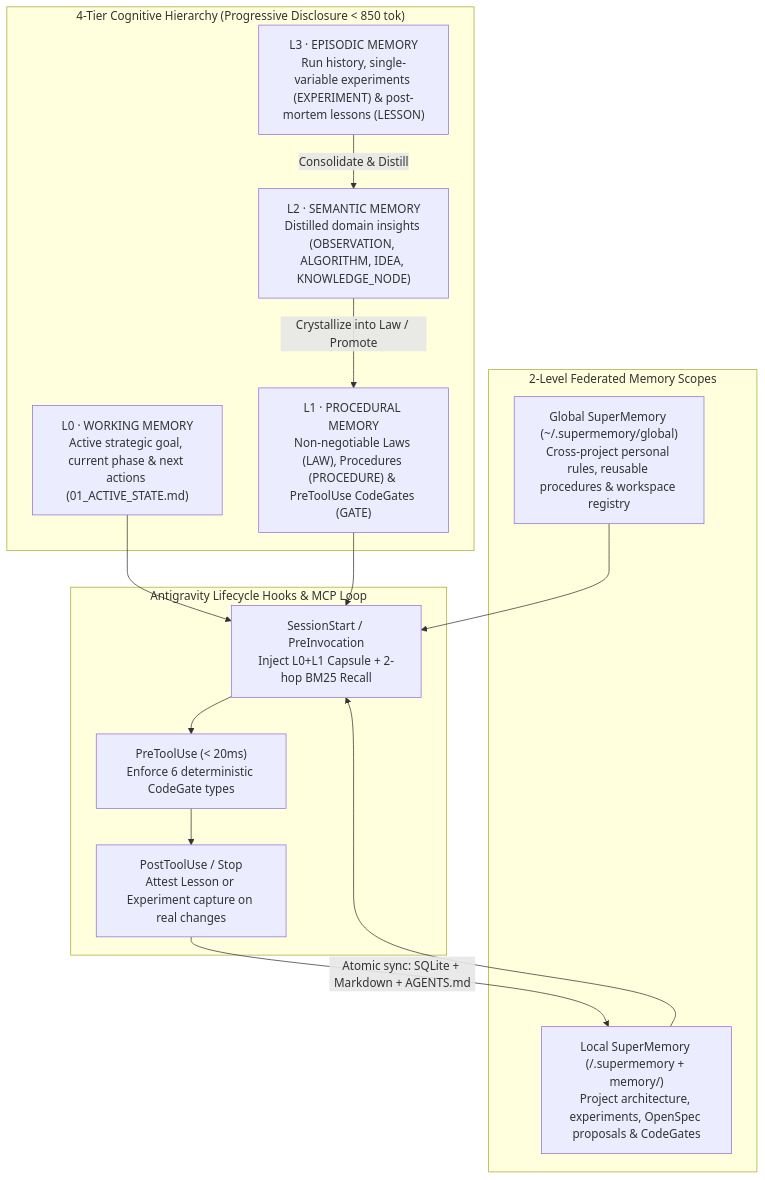
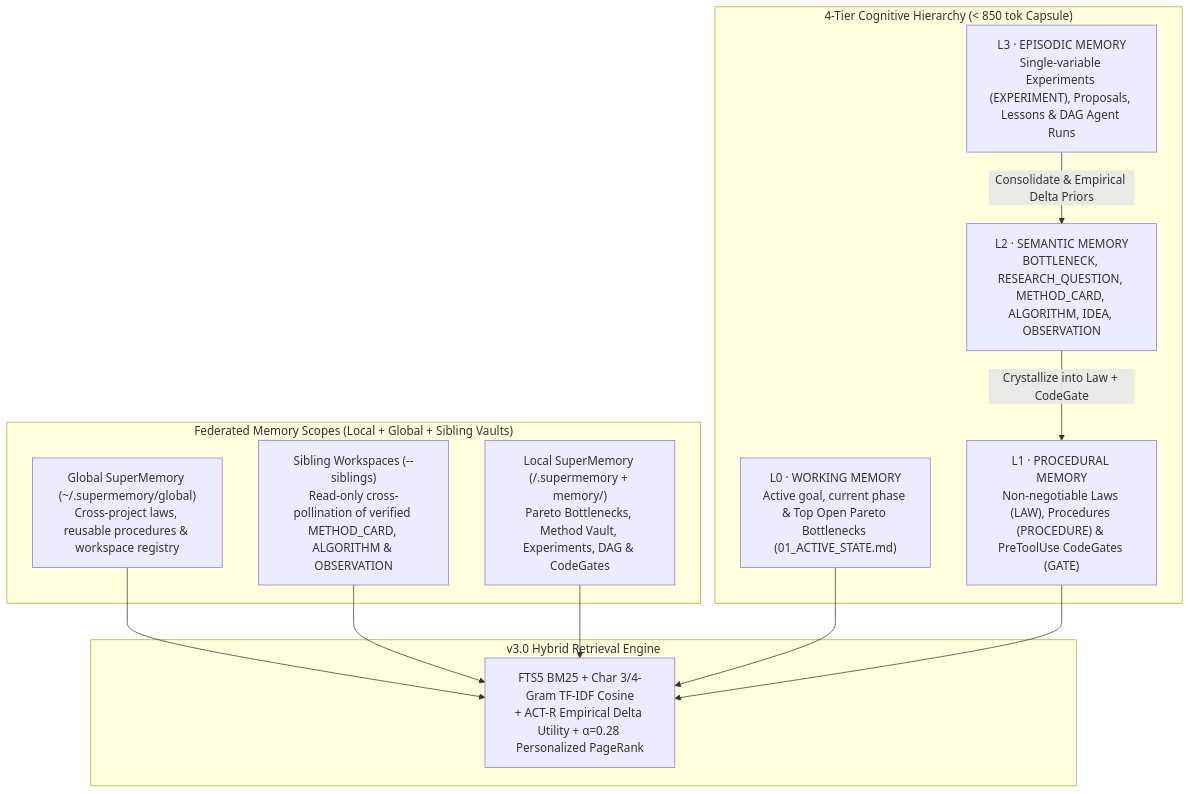
The first of 2 diagrams in README.md (vtnguyen04/research-supermemory), drawn with Mermaid before and after one commit. The commit also changed other lines of this file and 46 other files, not shown here.

Commit message:
feat: ship Research SuperMemory v3.0.0 bottleneck-first engine, SOTA scout, hybrid utility graph & Fast-DAG studio

````diff
--- a/README.md
+++ b/README.md
@@ -44,28 +49,24 @@
 ```mermaid
 flowchart TB
-    subgraph FED["2-Level Federated Memory Scopes"]
-        GLB["Global SuperMemory (~/.supermemory/global)<br/>Cross-project personal rules, reusable procedures & workspace registry"]
-        LOC["Local SuperMemory (<project>/.supermemory + memory/)<br/>Project architecture, experiments, OpenSpec proposals & CodeGates"]
+    subgraph FED["Federated Memory Scopes (Local + Global + Sibling Vaults)"]
+        GLB["Global SuperMemory (~/.supermemory/global)<br/>Cross-project laws, reusable procedures & workspace registry"]
+        SIB["Sibling Workspaces (--siblings)<br/>Read-only cross-pollination of verified METHOD_CARD, ALGORITHM & OBSERVATION"]
+        LOC["Local SuperMemory (<project>/.supermemory + memory/)<br/>Pareto Bottlenecks, Method Vault, Experiments, DAG & CodeGates"]
     end
 
-    subgraph TIERS["4-Tier Cognitive Hierarchy (Progressive Disclosure < 850 tok)"]
-        L0["L0 · WORKING MEMORY<br/>Active strategic goal, current phase & next actions (01_ACTIVE_STATE.md)"]
+    subgraph TIERS["4-Tier Cognitive Hierarchy (< 850 tok Capsule)"]
+        L0["L0 · WORKING MEMORY<br/>Active goal, current phase & Top Open Pareto Bottlenecks (01_ACTIVE_STATE.md)"]
         L1["L1 · PROCEDURAL MEMORY<br/>Non-negotiable Laws (LAW), Procedures (PROCEDURE) & PreToolUse CodeGates (GATE)"]
-        L2["L2 · SEMANTIC MEMORY<br/>Distilled domain insights (OBSERVATION, ALGORITHM, IDEA, KNOWLEDGE_NODE)"]
-        L3["L3 · EPISODIC MEMORY<br/>Run history, single-variable experiments (EXPERIMENT) & post-mortem lessons (LESSON)"]
+        L2["L2 · SEMANTIC MEMORY<br/>BOTTLENECK, RESEARCH_QUESTION, METHOD_CARD, ALGORITHM, IDEA, OBSERVATION"]
+        L3["L3 · EPISODIC MEMORY<br/>Single-variable Experiments (EXPERIMENT), Proposals, Lessons & DAG Agent Runs"]
     end
 
-    subgraph HOOKS["Antigravity Lifecycle Hooks & MCP Loop"]
-        SS["SessionStart / PreInvocation<br/>Inject L0+L1 Capsule + 2-hop BM25 Recall"]
-        PTU["PreToolUse (< 20ms)<br/>Enforce 6 deterministic CodeGate types"]
-        STOP["PostToolUse / Stop<br/>Attest Lesson or Experiment capture on real changes"]
+    subgraph RANK["v3.0 Hybrid Retrieval Engine"]
+        HYB["FTS5 BM25 + Char 3/4-Gram TF-IDF Cosine<br/>+ ACT-R Empirical Delta Utility + α=0.28 Personalized PageRank"]
     end
 
-    GLB --> SS
-    LOC --> SS
-    L3 -->|"Consolidate & Distill"| L2
-    L2 -->|"Crystallize into Law / Promote"| L1
-    L0 & L1 --> SS
-    SS --> PTU --> STOP
-    STOP -->|"Atomic sync: SQLite + Markdown + AGENTS.md"| LOC
+    GLB & SIB & LOC --> HYB
+    L3 -->|"Consolidate & Empirical Delta Priors"| L2
+    L2 -->|"Crystallize into Law + CodeGate"| L1
+    L0 & L1 --> HYB
 ```
````
